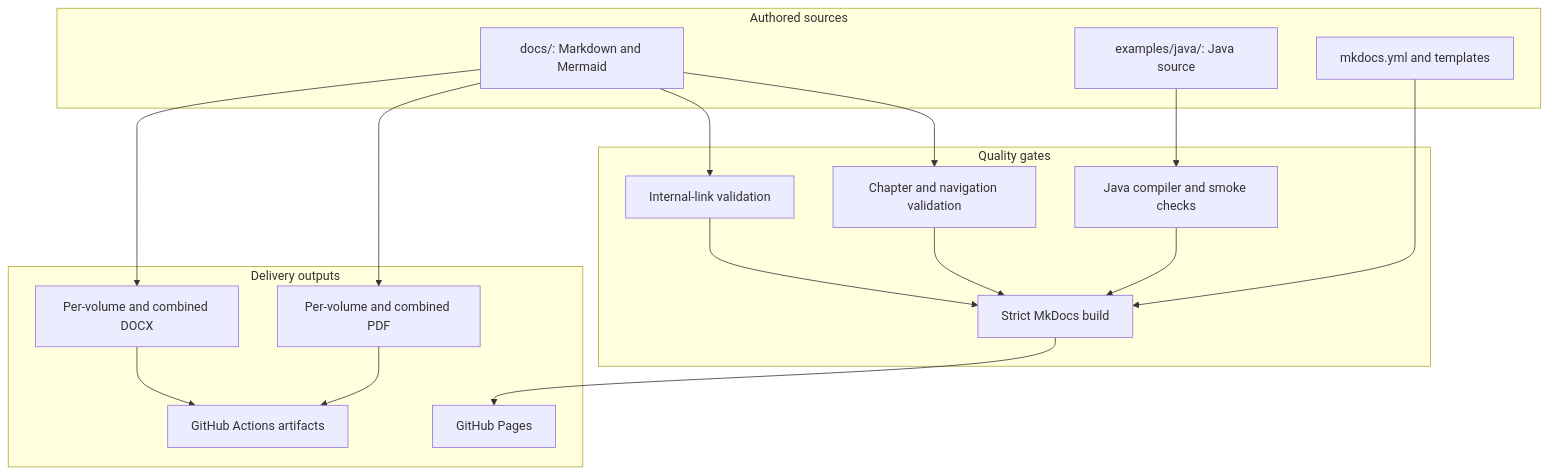
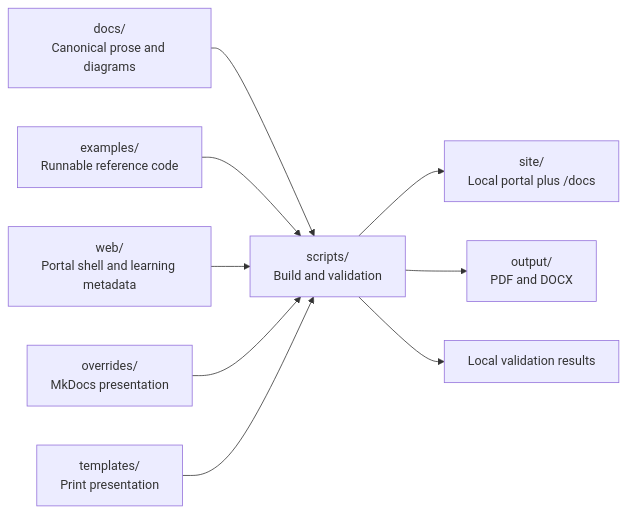
Before and after one commit to vinayreddykalluri/SDE2-Interview-Handbook: the diagram in docs/community/architecture.md, drawn with Mermaid. The commit also changed other lines of this file and 281 other files, not shown here.

````diff
--- a/docs/community/architecture.md
+++ b/docs/community/architecture.md
@@ -7,35 +7,17 @@
 ```mermaid
-flowchart TB
-    subgraph Sources["Authored sources"]
-        Docs["docs/: Markdown and Mermaid"]
-        Examples["examples/java/: Java source"]
-        Config["mkdocs.yml and templates"]
-    end
-
-    subgraph Quality["Quality gates"]
-        Structure["Chapter and navigation validation"]
-        Links["Internal-link validation"]
-        Java["Java compiler and smoke checks"]
-        SiteBuild["Strict MkDocs build"]
-    end
-
-    subgraph Delivery["Delivery outputs"]
-        Pages["GitHub Pages"]
-        PDF["Per-volume and combined PDF"]
-        DOCX["Per-volume and combined DOCX"]
-        Artifacts["GitHub Actions artifacts"]
-    end
-
-    Docs --> Structure
-    Docs --> Links
-    Examples --> Java
-    Config --> SiteBuild
-    Structure --> SiteBuild
-    Links --> SiteBuild
-    Java --> SiteBuild
-    SiteBuild --> Pages
-    Docs --> PDF
-    Docs --> DOCX
-    PDF --> Artifacts
-    DOCX --> Artifacts
+flowchart LR
+    Docs["docs/<br/>Canonical prose and diagrams"]
+    Code["examples/<br/>Runnable reference code"]
+    Portal["web/<br/>Portal shell and learning metadata"]
+    Theme["overrides/<br/>MkDocs presentation"]
+    Templates["templates/<br/>Print presentation"]
+    Scripts["scripts/<br/>Build and validation"]
+    Docs --> Scripts
+    Code --> Scripts
+    Portal --> Scripts
+    Theme --> Scripts
+    Templates --> Scripts
+    Scripts --> Site["site/<br/>Local portal plus /docs"]
+    Scripts --> Books["output/<br/>PDF and DOCX"]
+    Scripts --> Reports["Local validation results"]
 ```
````
